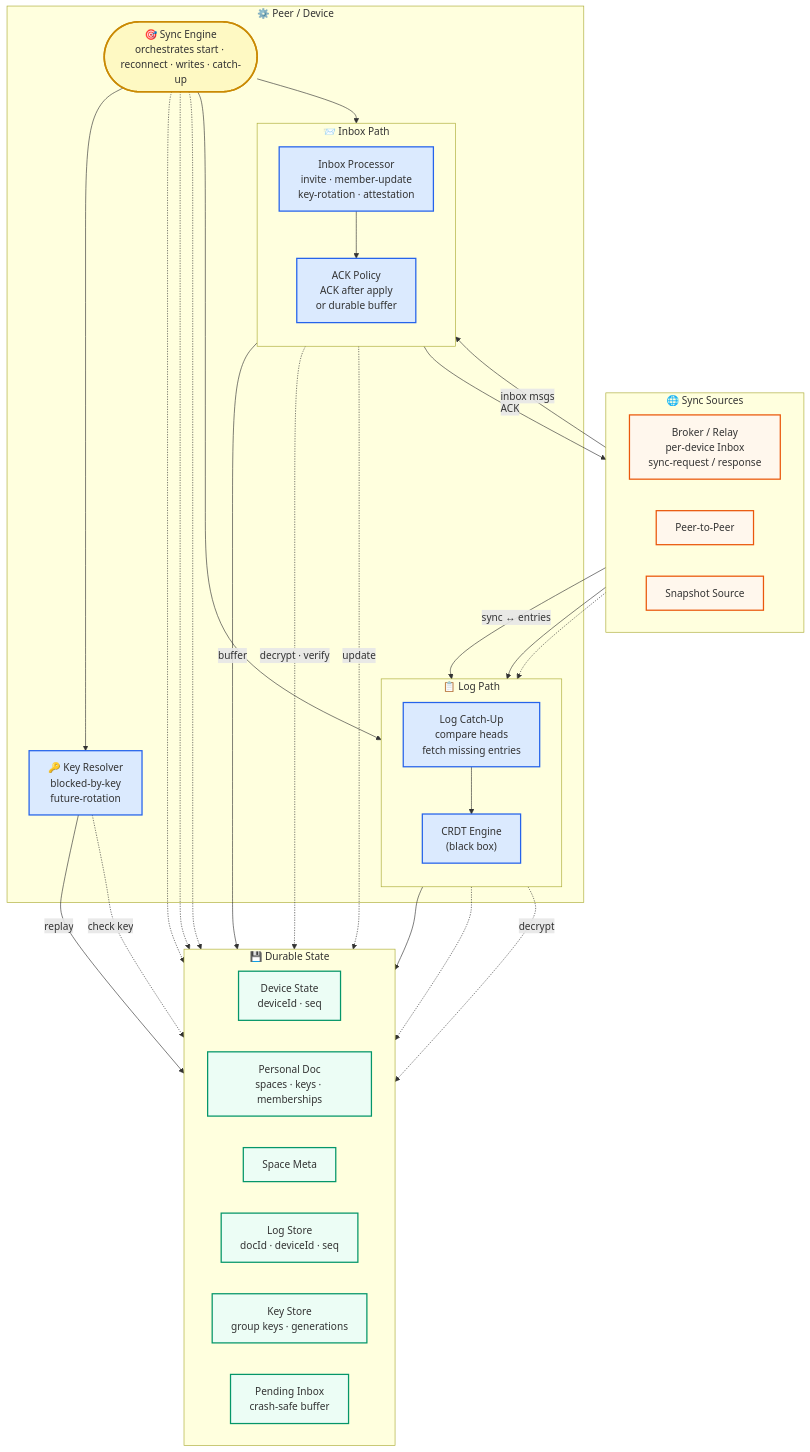
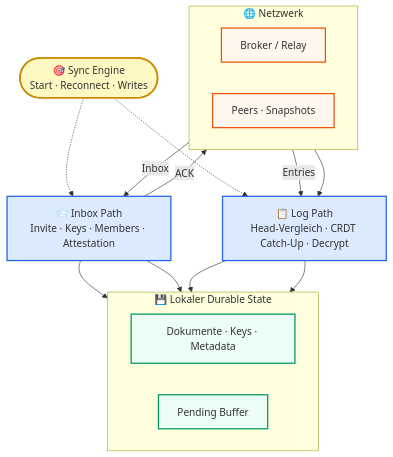
Before and after one commit to real-life-org/wot-spec: the first of 7 diagrams in research/sync-zielarchitektur.md, drawn with Mermaid. The commit also changed other lines of this file, not shown here.

Commit message:
Architekturdiagramm radikal vereinfachen: 7 Nodes, 10 Kanten
Vorher 15 Nodes mit verschachtelten Subgraphs und 20+ Kanten.
Jetzt nur die Kernstruktur: Sync Engine, zwei Datenpfade, State.
Details stehen in den Sequenz- und Flowchart-Diagrammen darunter.

````diff
--- a/research/sync-zielarchitektur.md
+++ b/research/sync-zielarchitektur.md
@@ -17,79 +17,43 @@
 ```mermaid
 flowchart TD
-  subgraph net["🌐 Sync Sources"]
+  SE(["🎯 Sync Engine\nStart · Reconnect · Writes"])
+
+  subgraph net["🌐 Netzwerk"]
     direction LR
-    Broker["Broker / Relay\nper-device Inbox\nsync-request / response"]
-    P2P["Peer-to-Peer"]
-    Snap["Snapshot Source"]
+    Broker["Broker / Relay"]
+    Peers["Peers · Snapshots"]
   end
 
-  subgraph peer["⚙️ Peer / Device"]
-    SE(["🎯 Sync Engine\norchestrates start · reconnect · writes · catch-up"])
+  IP["📨 Inbox Path\nInvite · Keys · Members · Attestation"]
+  LP["📋 Log Path\nHead-Vergleich · CRDT Catch-Up · Decrypt"]
 
-    subgraph inbox["📨 Inbox Path"]
-      direction TB
-      IP["Inbox Processor\ninvite · member-update\nkey-rotation · attestation"]
-      IP --> AP["ACK Policy\nACK after apply\nor durable buffer"]
-    end
-
-    subgraph logpath["📋 Log Path"]
-      direction TB
-      LS["Log Catch-Up\ncompare heads\nfetch missing entries"]
-      LS --> DE["CRDT Engine\n(black box)"]
-    end
-
-    KR["🔑 Key Resolver\nblocked-by-key\nfuture-rotation"]
+  subgraph state["💾 Lokaler Durable State"]
+    direction LR
+    Docs["Dokumente · Keys · Metadata"]
+    Pending["Pending Buffer"]
   end
 
-  subgraph store["💾 Durable State"]
-    direction LR
-    DS["Device State\ndeviceId · seq"]
-    PD["Personal Doc\nspaces · keys · memberships"]
-    SM["Space Meta"]
-    LOG["Log Store\ndocId · deviceId · seq"]
-    KS["Key Store\ngroup keys · generations"]
-    PI["Pending Inbox\ncrash-safe buffer"]
-  end
+  SE -.-> IP
+  SE -.-> LP
 
-  %% ── Network → Peer (Datenfluss) ──
-  Broker -->|"inbox msgs"| IP
-  Broker -->|"sync ↔ entries"| LS
-  P2P --> LS
-  Snap -.-> LS
+  Broker -->|"Inbox"| IP
+  Broker -->|"Entries"| LP
+  Peers --> LP
 
-  %% ── Orchestrierung ──
-  SE --> IP
-  SE --> LS
-  SE --> KR
+  IP --> Docs
+  IP --> Pending
+  LP --> Docs
+  LP --> Pending
 
-  %% ── ACK zurueck an Broker ──
-  AP -->|"ACK"| Broker
+  IP -->|"ACK"| Broker
 
-  %% ── Buffer & Resolve ──
-  IP -->|"buffer"| PI
-  KR -->|"replay"| PI
+  classDef netS fill:#fff7ed,stroke:#ea580c,stroke-width:2px
+  classDef pathS fill:#dbeafe,stroke:#2563eb,stroke-width:2px
+  classDef stateS fill:#ecfdf5,stroke:#059669,stroke-width:2px
+  classDef orchS fill:#fef9c3,stroke:#ca8a04,stroke-width:2.5px
 
-  %% ── Persist ──
-  LS --> LOG
-  DE -.-> LOG
-
-  %% ── Lookups (gestrichelt) ──
-  SE -.-> DS
-  SE -.-> PD
-  SE -.-> SM
-  IP -.->|"decrypt · verify"| KS
-  IP -.->|"update"| PD
-  LS -.->|"decrypt"| KS
-  KR -.->|"check key"| KS
-
-  %% ── Styles ──
-  classDef netStyle fill:#fff7ed,stroke:#ea580c,stroke-width:2px
-  classDef engStyle fill:#dbeafe,stroke:#2563eb,stroke-width:2px
-  classDef storeStyle fill:#ecfdf5,stroke:#059669,stroke-width:2px
-  classDef orchStyle fill:#fef9c3,stroke:#ca8a04,stroke-width:2.5px
-
-  class Broker,P2P,Snap netStyle
-  class IP,AP,LS,DE,KR engStyle
-  class DS,PD,SM,LOG,KS,PI storeStyle
-  class SE orchStyle
+  class Broker,Peers netS
+  class IP,LP pathS
+  class Docs,Pending stateS
+  class SE orchS
 ```
````
